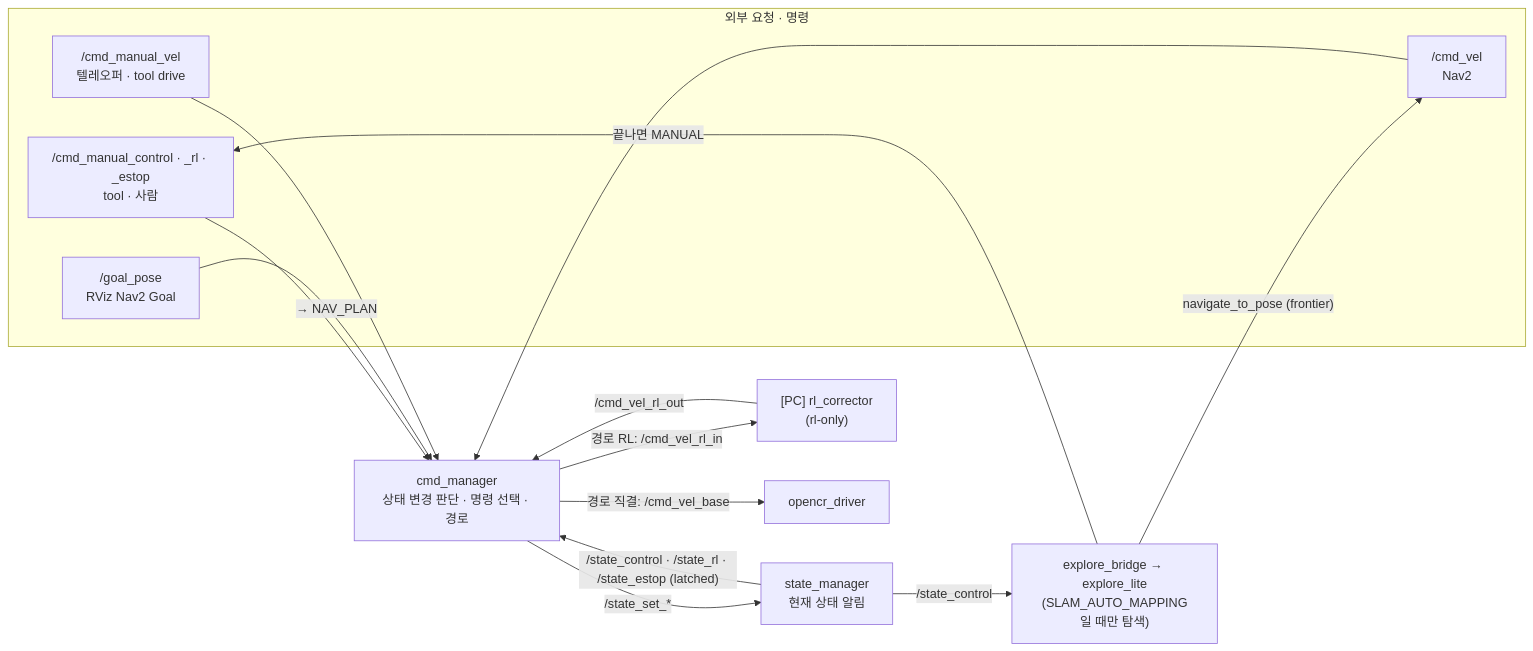
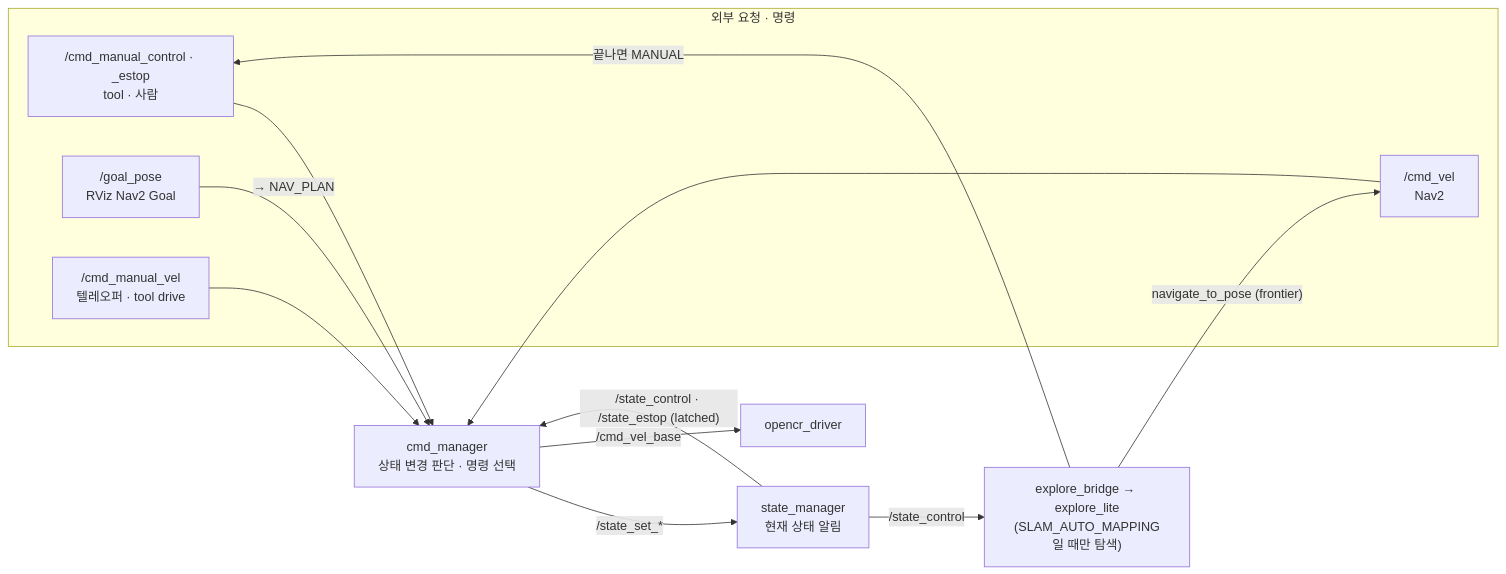
One commit to visualkhh/ros2 changed the second of 3 diagrams in ros2_ws/ARCH.md. Above: the diagram before and after it, drawn with Mermaid. The commit also changed other lines of this file and 94 other files, not shown here.

````diff
--- a/ros2_ws/ARCH.md
+++ b/ros2_ws/ARCH.md
@@ -65,26 +62,23 @@
 ```mermaid
 flowchart LR
   subgraph IN["외부 요청 · 명령"]
-    REQ["/cmd_manual_control · _rl · _estop<br/>tool · 사람"]
+    REQ["/cmd_manual_control · _estop<br/>tool · 사람"]
     GOAL["/goal_pose<br/>RViz Nav2 Goal"]
     MAN["/cmd_manual_vel<br/>텔레오퍼 · tool drive"]
     NAV_PLAN["/cmd_vel<br/>Nav2"]
   end
   FE["explore_bridge → explore_lite<br/>(SLAM_AUTO_MAPPING일 때만 탐색)"]
-  CM["cmd_manager<br/>상태 변경 판단 · 명령 선택 · 경로"]
+  CM["cmd_manager<br/>상태 변경 판단 · 명령 선택"]
   SM["state_manager<br/>현재 상태 알림"]
-  RL["[PC] rl_corrector<br/>(rl-only)"]
   DRV["opencr_driver"]
   REQ --> CM
   GOAL -->|"→ NAV_PLAN"| CM
   CM -->|"/state_set_*"| SM
-  SM -->|"/state_control · /state_rl · /state_estop (latched)"| CM
+  SM -->|"/state_control · /state_estop (latched)"| CM
   SM -->|"/state_control"| FE
   FE -->|"navigate_to_pose (frontier)"| NAV_PLAN
   FE -->|"끝나면 MANUAL"| REQ
   MAN --> CM
   NAV_PLAN --> CM
-  CM -->|"경로 직결: /cmd_vel_base"| DRV
-  CM -->|"경로 RL: /cmd_vel_rl_in"| RL
-  RL -->|"/cmd_vel_rl_out"| CM
+  CM -->|"/cmd_vel_base"| DRV
 ```
````
